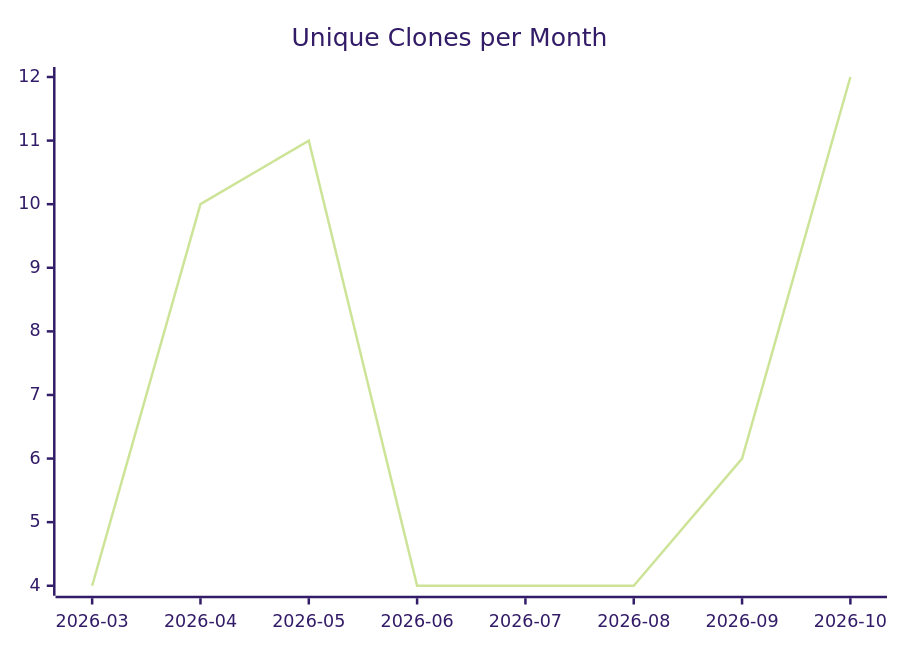
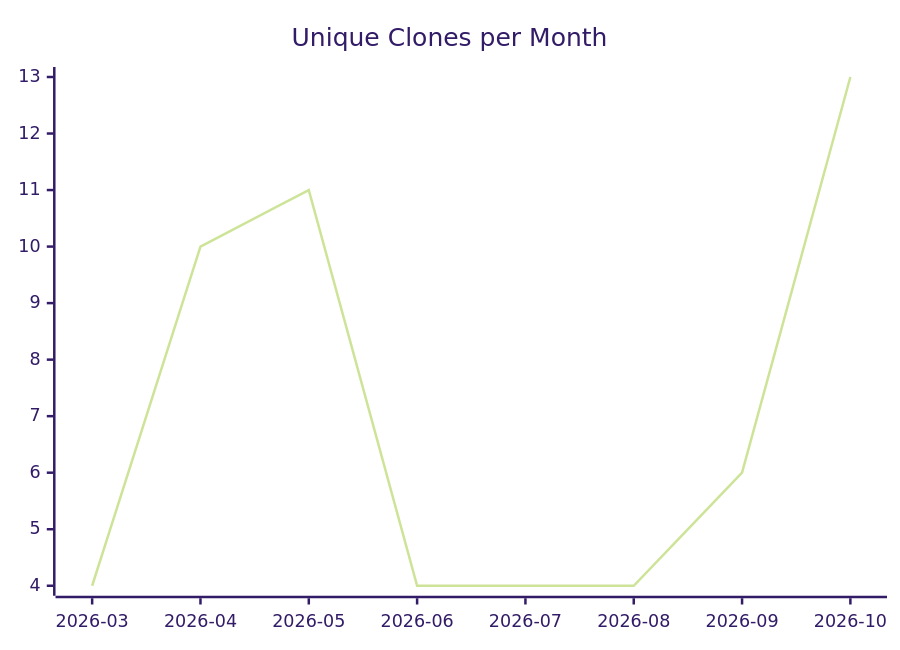
The third of 3 diagrams in karlmdavis/workstation-base-ansible-role/README.md (justdavis-family/github-analytics-data), drawn with Mermaid (forest theme) before and after one commit. The commit also changed other lines of this file and 199 other files, not shown here.

````diff
--- a/karlmdavis/workstation-base-ansible-role/README.md
+++ b/karlmdavis/workstation-base-ansible-role/README.md
@@ -19,6 +19,6 @@
 ```mermaid
 xychart-beta
   title "Unique Clones per Month"
   x-axis ["2026-03", "2026-04", "2026-05", "2026-06", "2026-07", "2026-08", "2026-09", "2026-10"]
-  line [4, 10, 11, 4, 4, 4, 6, 12]
+  line [4, 10, 11, 4, 4, 4, 6, 13]
 ```
````
